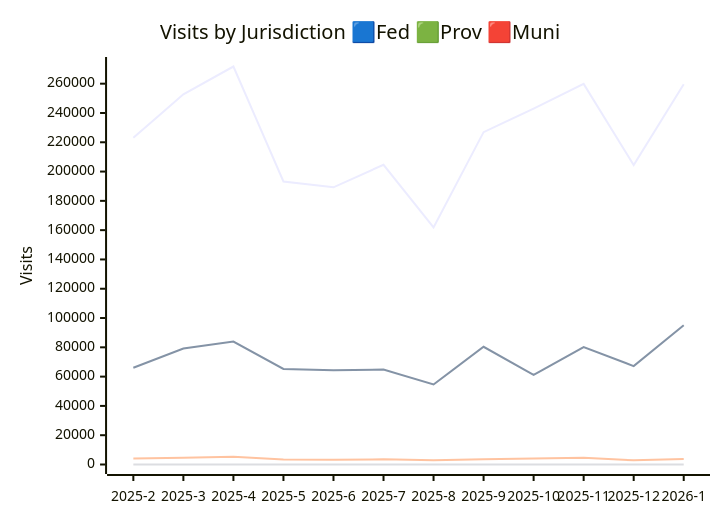
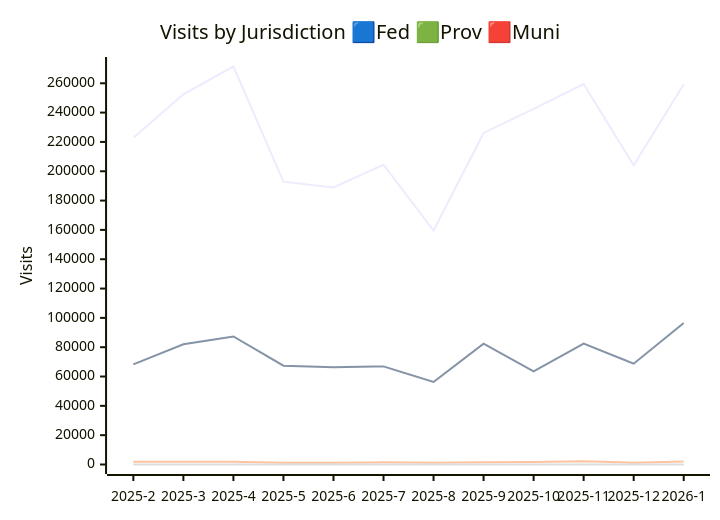
One commit to open-data/analytics-corporate-reporting changed the second of 3 diagrams in JURISDICTION_ANALYTICS_REPORT/readme.md. Above: the diagram before and after it, drawn with Mermaid. The commit also changed other lines of this file and 3 other files, not shown here.

````diff
--- a/JURISDICTION_ANALYTICS_REPORT/readme.md
+++ b/JURISDICTION_ANALYTICS_REPORT/readme.md
@@ -27,11 +27,11 @@
 ```mermaid
 
 xychart-beta
     title "Visits by Jurisdiction 🟦Fed 🟩Prov 🟥Muni"
     x-axis [2025-2, 2025-3, 2025-4, 2025-5, 2025-6, 2025-7, 2025-8, 2025-9, 2025-10, 2025-11, 2025-12, 2026-1]
-    y-axis "Visits" 0 --> 271730
-    line [223018, 252733, 271720, 193243, 189223, 204650, 161883, 226912, 242988, 259877, 204391, 259648]
-    line [66026, 79169, 83976, 65258, 64394, 64819, 54620, 80378, 61161, 80146, 67191, 95018]
-    line [4091, 4626, 5347, 3428, 3214, 3563, 2869, 3599, 4076, 4547, 2824, 3742]
+    y-axis "Visits" 0 --> 271443
+    line [222843, 252511, 271433, 192925, 189005, 204457, 159556, 226138, 242593, 259448, 204087, 259306]
+    line [68261, 81956, 87351, 67387, 66402, 66895, 56272, 82445, 63470, 82423, 68742, 96554]
+    line [1829, 1796, 1939, 1268, 1160, 1451, 1187, 1472, 1717, 2282, 1200, 2113]
     line [0, 0, 0, 0, 0, 0, 0, 0, 13, 7, 27, 17]
 ```
````
